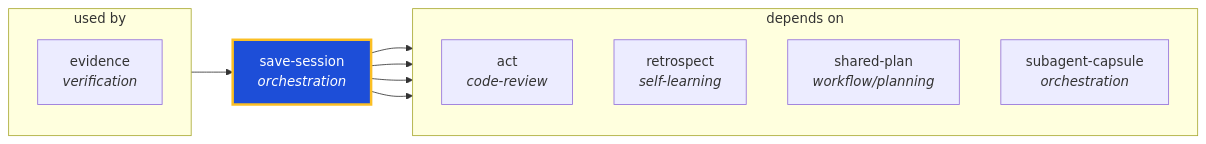
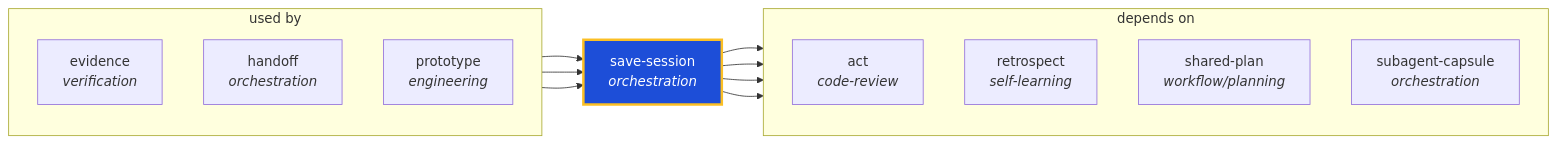
One commit to ThePlenkov/skills changed the diagram in docs/graphs/generated/save-session.md. Above: the diagram before and after it, drawn with Mermaid. The commit also changed other lines of this file and 76 other files, not shown here.

````diff
--- a/docs/graphs/generated/save-session.md
+++ b/docs/graphs/generated/save-session.md
@@ -22,24 +22,28 @@
 ```mermaid
 graph LR
   save_session["save-session<br/><i>orchestration</i>"]
   classDef center fill:#1d4ed8,stroke:#fbbf24,stroke-width:3px,color:#fff
   class save_session center
 
   subgraph sg_used_by["used by"]
     direction TB
     evidence["evidence<br/><i>verification</i>"]
+    handoff["handoff<br/><i>orchestration</i>"]
+    prototype["prototype<br/><i>engineering</i>"]
   end
   evidence --> save_session
+  handoff --> save_session
+  prototype --> save_session
 
   subgraph sg_depends_on["depends on"]
     direction TB
     act["act<br/><i>code-review</i>"]
     retrospect["retrospect<br/><i>self-learning</i>"]
     shared_plan["shared-plan<br/><i>workflow/planning</i>"]
     subagent_capsule["subagent-capsule<br/><i>orchestration</i>"]
   end
   save_session --> act
   save_session --> retrospect
   save_session --> shared_plan
   save_session --> subagent_capsule
 ```
````
